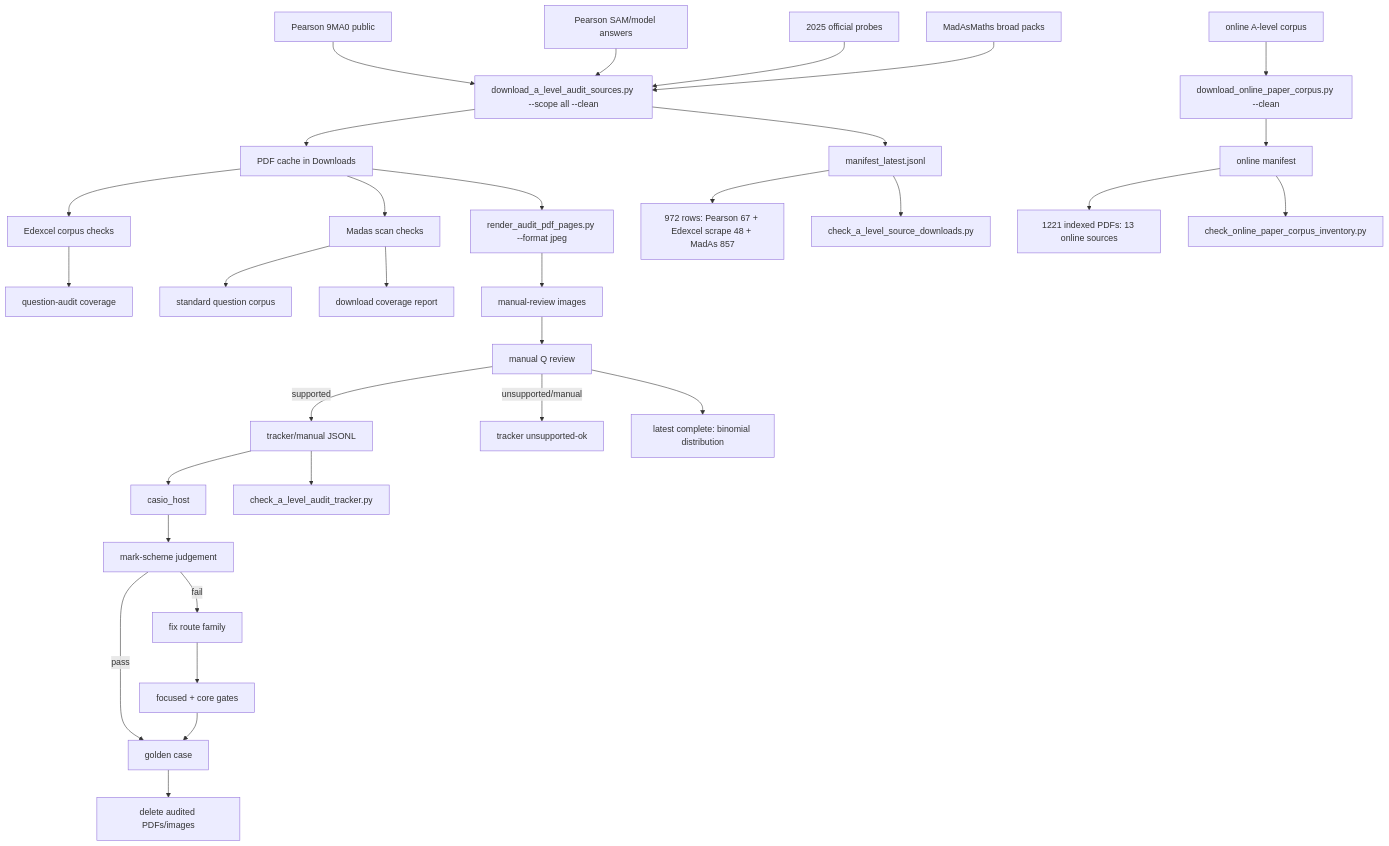
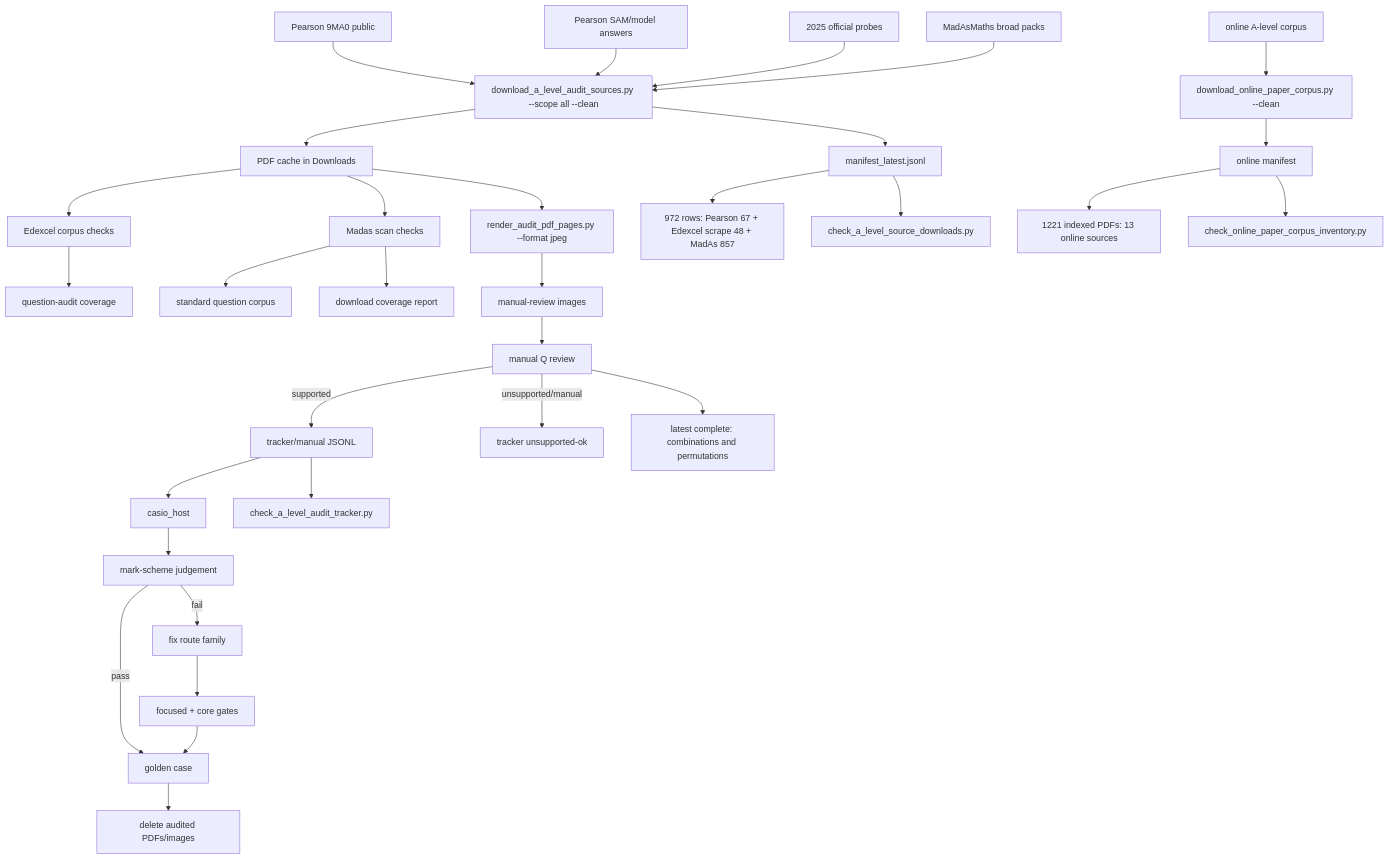
Before and after one commit to james8464/notes-addin-casio-fx-cg50: the diagram in c++/tools/golden/a_level_audit_graph.md, drawn with Mermaid. The commit also changed other lines of this file and 2 other files, not shown here.

Commit message:
Audit combinations and permutations booklet

````diff
--- a/c++/tools/golden/a_level_audit_graph.md
+++ b/c++/tools/golden/a_level_audit_graph.md
@@ -3,34 +3,34 @@
 ```mermaid
 graph TD
   E1["Pearson 9MA0 public"] --> D["download_a_level_audit_sources.py --scope all --clean"]
   E2["Pearson SAM/model answers"] --> D
   E3["2025 official probes"] --> D
   M1["MadAsMaths broad packs"] --> D
   O1["online A-level corpus"] --> OD["download_online_paper_corpus.py --clean"]
   D --> P["PDF cache in Downloads"]
   D --> X["manifest_latest.jsonl"]
   OD --> OX["online manifest"]
   X --> XC["972 rows: Pearson 67 + Edexcel scrape 48 + MadAs 857"]
   OX --> OC["1221 indexed PDFs: 13 online sources"]
   X --> V["check_a_level_source_downloads.py"]
   OX --> OV["check_online_paper_corpus_inventory.py"]
   P --> E["Edexcel corpus checks"]
   E --> EQ["question-audit coverage"]
   P --> S["Madas scan checks"]
   S --> M["standard question corpus"]
   S --> MC["download coverage report"]
   P --> R["render_audit_pdf_pages.py --format jpeg"]
   R --> I["manual-review images"]
   I --> Q["manual Q review"]
   Q -->|supported| J["tracker/manual JSONL"]
   Q -->|unsupported/manual| U["tracker unsupported-ok"]
   J --> H["casio_host"]
   J --> K["check_a_level_audit_tracker.py"]
   H --> C["mark-scheme judgement"]
   C -->|pass| G["golden case"]
   C -->|fail| F["fix route family"]
   F --> T["focused + core gates"]
   T --> G
   G --> Z["delete audited PDFs/images"]
-  Q --> QBinom["latest complete: binomial distribution"]
+  Q --> QComb["latest complete: combinations and permutations"]
 ```
````
